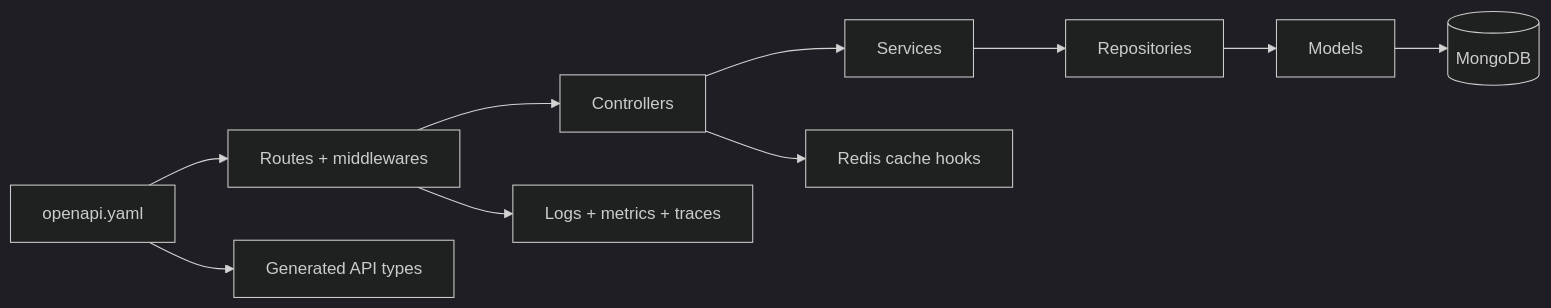
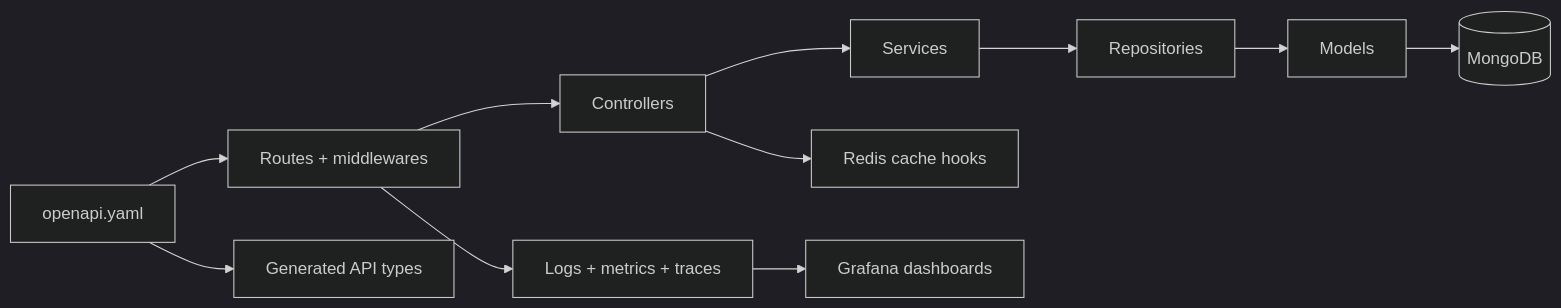
One commit to Guebbit/boilerplate-node-backend changed the second of 2 diagrams in docs/index.md. Above: the diagram before and after it, drawn with Mermaid (dark theme). The commit also changed other lines of this file and 19 other files, not shown here.

````diff
--- a/docs/index.md
+++ b/docs/index.md
@@ -74,13 +75,14 @@
 ```mermaid
 flowchart LR
     Spec[openapi.yaml] --> Routes[Routes + middlewares]
     Routes --> Controllers[Controllers]
     Controllers --> Services[Services]
     Services --> Repositories[Repositories]
     Repositories --> Models[Models]
     Models --> Mongo[(MongoDB)]
 
     Routes --> Obs[Logs + metrics + traces]
     Controllers --> Cache[Redis cache hooks]
+    Obs --> Grafana[Grafana dashboards]
     Spec --> Types[Generated API types]
 ```
````
